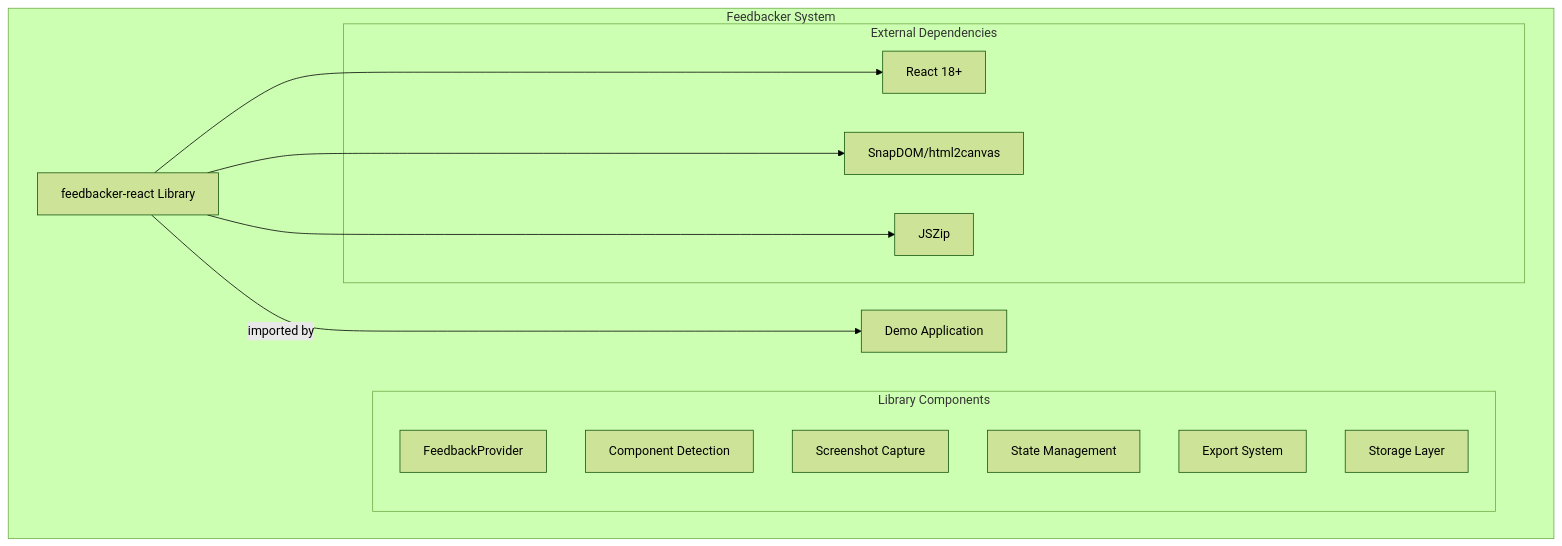
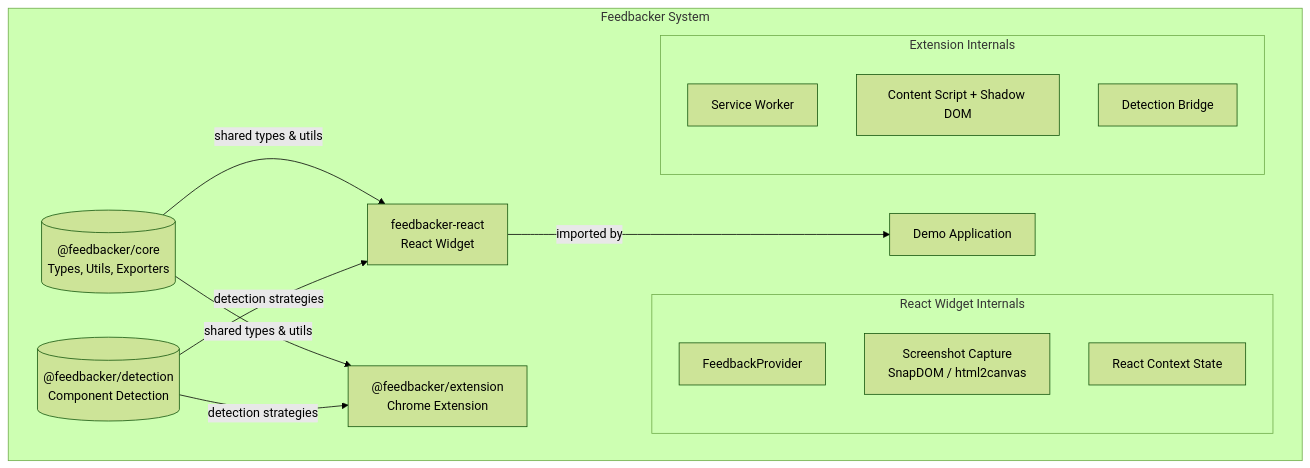
Before and after one commit to bebsworthy/feedbacker: the first of 3 diagrams in documentation/architecture.md, drawn with Mermaid (forest theme). The commit also changed other lines of this file and 12 other files, not shown here.

````diff
--- a/documentation/architecture.md
+++ b/documentation/architecture.md
@@ -9,28 +9,28 @@
 ```mermaid
 graph TB
     subgraph "Feedbacker System"
-        FL[feedbacker-react Library]
+        CO[("@feedbacker/core<br/>Types, Utils, Exporters")]
+        DT[("@feedbacker/detection<br/>Component Detection")]
+        FL[feedbacker-react<br/>React Widget]
+        EX["@feedbacker/extension<br/>Chrome Extension"]
         DA[Demo Application]
-        
+
+        CO -->|shared types & utils| FL
+        CO -->|shared types & utils| EX
+        DT -->|detection strategies| FL
+        DT -->|detection strategies| EX
         FL -->|imported by| DA
-        
-        subgraph "Library Components"
+
+        subgraph "React Widget Internals"
             FP[FeedbackProvider]
-            CD[Component Detection]
-            SC[Screenshot Capture]
-            SM[State Management]
-            EX[Export System]
-            ST[Storage Layer]
+            SC[Screenshot Capture<br/>SnapDOM / html2canvas]
+            SM[React Context State]
         end
-        
-        subgraph "External Dependencies"
-            R[React 18+]
-            SD[SnapDOM/html2canvas]
-            JZ[JSZip]
+
+        subgraph "Extension Internals"
+            SW[Service Worker]
+            CS[Content Script + Shadow DOM]
+            DB[Detection Bridge]
         end
-        
-        FL --> R
-        FL --> SD
-        FL --> JZ
     end
 ```
````
